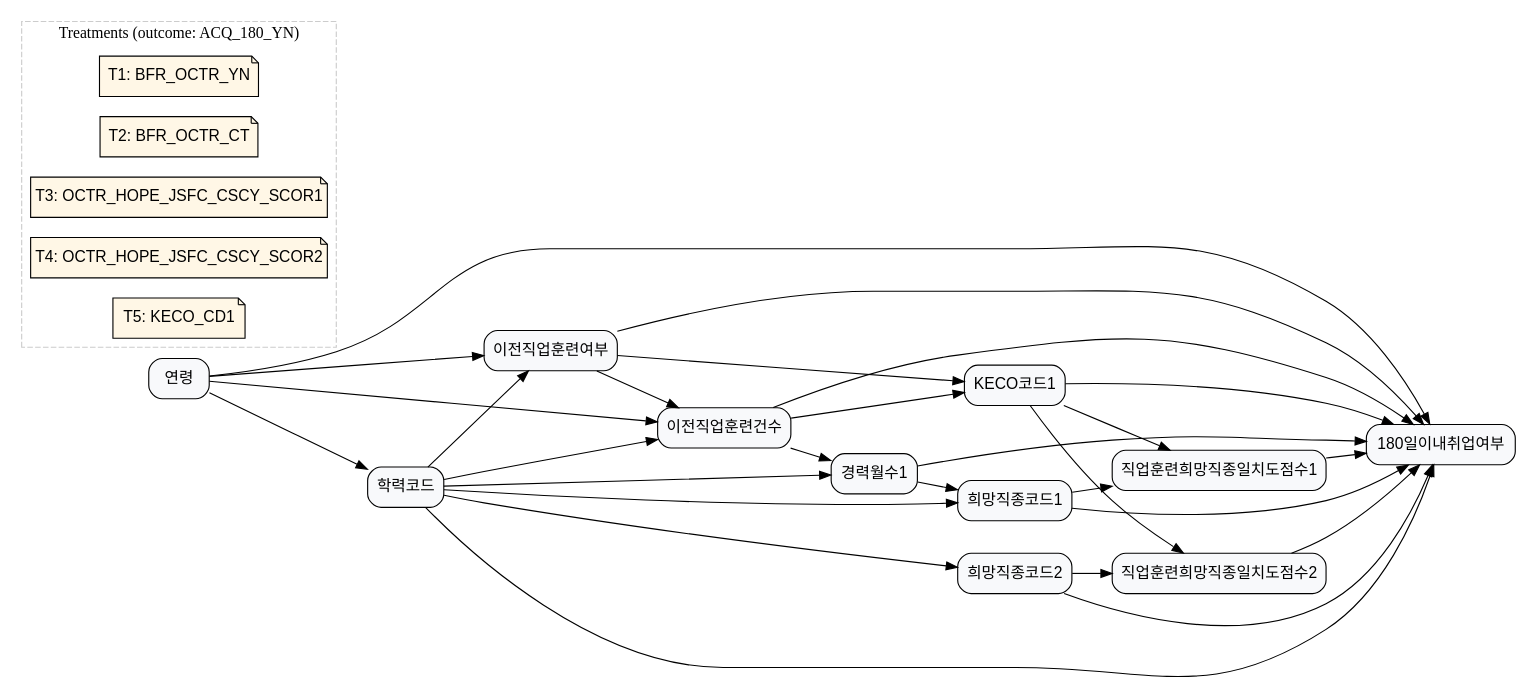
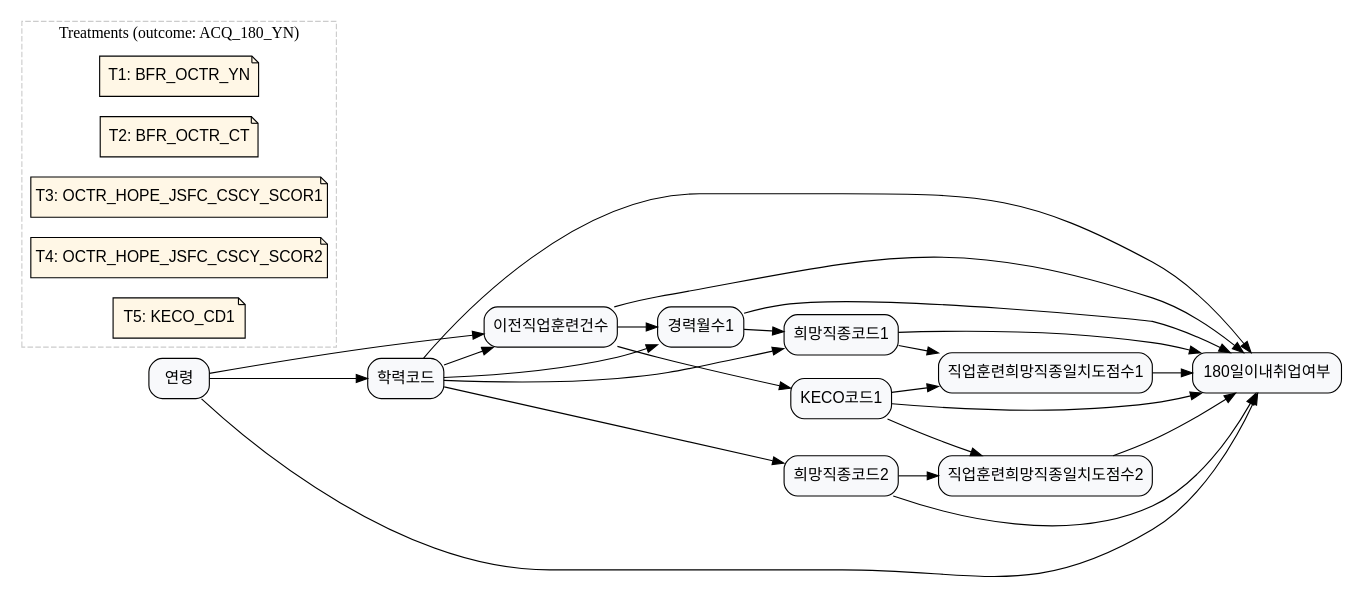
Before and after one commit to KU-LIM-Lab/dowhy-deep: the diagram in laborlab_2/data/graph_data/graph_15.dot, drawn with Graphviz. The commit also changed 26 other files, not shown here.

Commit message:
graph revision

```diff
--- a/laborlab_2/data/graph_data/graph_15.dot
+++ b/laborlab_2/data/graph_data/graph_15.dot
@@ -1,98 +1,48 @@
-digraph {
-    rankdir=LR;
-    node [shape=box, style="rounded,filled", fillcolor="#F8F9FB", fontname="Helvetica"];
+digraph G {
+rankdir=LR;
+node [fillcolor="#F8F9FB", fontname="Helvetica", shape=box, style="rounded,filled"];
+ACCR_CD [label="학력코드"];
+ACQ_180_YN [label="180일이내취업여부"];
+AGE [label="연령"];
+BFR_OCTR_CT [label="이전직업훈련건수"];
+CARR_MYCT1 [label="경력월수1"];
+HOPE_JSCD1 [label="희망직종코드1"];
+HOPE_JSCD2 [label="희망직종코드2"];
+KECO_CD1 [label="KECO코드1"];
+OCTR_HOPE_JSFC_CSCY_SCOR1 [label="직업훈련희망직종일치도점수1"];
+OCTR_HOPE_JSFC_CSCY_SCOR2 [label="직업훈련희망직종일치도점수2"];
+AGE -> ACCR_CD;
+AGE -> BFR_OCTR_CT;
+ACCR_CD -> BFR_OCTR_CT;
+ACCR_CD -> CARR_MYCT1;
+ACCR_CD -> HOPE_JSCD1;
+ACCR_CD -> HOPE_JSCD2;
+BFR_OCTR_CT -> KECO_CD1;
+KECO_CD1 -> OCTR_HOPE_JSFC_CSCY_SCOR1;
+KECO_CD1 -> OCTR_HOPE_JSFC_CSCY_SCOR2;
+HOPE_JSCD1 -> OCTR_HOPE_JSFC_CSCY_SCOR1;
+HOPE_JSCD2 -> OCTR_HOPE_JSFC_CSCY_SCOR2;
+BFR_OCTR_CT -> CARR_MYCT1;
+CARR_MYCT1 -> HOPE_JSCD1;
+BFR_OCTR_CT -> ACQ_180_YN;
+OCTR_HOPE_JSFC_CSCY_SCOR1 -> ACQ_180_YN;
+OCTR_HOPE_JSFC_CSCY_SCOR2 -> ACQ_180_YN;
+KECO_CD1 -> ACQ_180_YN;
+CARR_MYCT1 -> ACQ_180_YN;
+HOPE_JSCD1 -> ACQ_180_YN;
+HOPE_JSCD2 -> ACQ_180_YN;
+AGE -> ACQ_180_YN;
+ACCR_CD -> ACQ_180_YN;
+subgraph cluster_treatments {
+color="#CCCCCC";
+label="Treatments (outcome: ACQ_180_YN)";
+style=dashed;
+node [fillcolor="#FFF7E6", fontname="Helvetica", shape=note, style="rounded,filled"];
+T1 [label="T1: BFR_OCTR_YN", role="treatment_meta", treatment_def="이전직업훈련여부(BFR_OCTR_YN) 수준 차이가 ACQ_180_YN(180일이내취업여부)에 미치는 인과효과", treatment_name="BFR_OCTR_YN", treatment_question="이전직업훈련여부(BFR_OCTR_YN) 수준이 다른 구직자들의 6개월 내 취업 확률은 얼마나 다른가?", treatment_var="BFR_OCTR_YN"];
+T2 [label="T2: BFR_OCTR_CT", role="treatment_meta", treatment_def="이전직업훈련건수(BFR_OCTR_CT) 수준 차이가 ACQ_180_YN(180일이내취업여부)에 미치는 인과효과", treatment_name="BFR_OCTR_CT", treatment_question="이전직업훈련건수(BFR_OCTR_CT) 수준이 다른 구직자들의 6개월 내 취업 확률은 얼마나 다른가?", treatment_var="BFR_OCTR_CT"];
+T3 [label="T3: OCTR_HOPE_JSFC_CSCY_SCOR1", role="treatment_meta", treatment_def="직업훈련희망직종일치도점수1(OCTR_HOPE_JSFC_CSCY_SCOR1) 수준 차이가 ACQ_180_YN(180일이내취업여부)에 미치는 인과효과", treatment_name="OCTR_HOPE_JSFC_CSCY_SCOR1", treatment_question="직업훈련희망직종일치도점수1(OCTR_HOPE_JSFC_CSCY_SCOR1) 수준이 다른 구직자들의 6개월 내 취업 확률은 얼마나 다른가?", treatment_var="OCTR_HOPE_JSFC_CSCY_SCOR1"];
+T4 [label="T4: OCTR_HOPE_JSFC_CSCY_SCOR2", role="treatment_meta", treatment_def="직업훈련희망직종일치도점수2(OCTR_HOPE_JSFC_CSCY_SCOR2) 수준 차이가 ACQ_180_YN(180일이내취업여부)에 미치는 인과효과", treatment_name="OCTR_HOPE_JSFC_CSCY_SCOR2", treatment_question="직업훈련희망직종일치도점수2(OCTR_HOPE_JSFC_CSCY_SCOR2) 수준이 다른 구직자들의 6개월 내 취업 확률은 얼마나 다른가?", treatment_var="OCTR_HOPE_JSFC_CSCY_SCOR2"];
+T5 [label="T5: KECO_CD1", role="treatment_meta", treatment_def="KECO코드1(KECO_CD1) 수준 차이가 ACQ_180_YN(180일이내취업여부)에 미치는 인과효과", treatment_name="KECO_CD1", treatment_question="KECO코드1(KECO_CD1) 수준이 다른 구직자들의 6개월 내 취업 확률은 얼마나 다른가?", treatment_var="KECO_CD1"];
+}
 
-    ACCR_CD [label="학력코드"];
-    ACQ_180_YN [label="180일이내취업여부"];
-    AGE [label="연령"];
-    BFR_OCTR_CT [label="이전직업훈련건수"];
-    BFR_OCTR_YN [label="이전직업훈련여부"];
-    CARR_MYCT1 [label="경력월수1"];
-    HOPE_JSCD1 [label="희망직종코드1"];
-    HOPE_JSCD2 [label="희망직종코드2"];
-    KECO_CD1 [label="KECO코드1"];
-    OCTR_HOPE_JSFC_CSCY_SCOR1 [label="직업훈련희망직종일치도점수1"];
-    OCTR_HOPE_JSFC_CSCY_SCOR2 [label="직업훈련희망직종일치도점수2"];
-
-    AGE -> ACCR_CD;
-    AGE -> BFR_OCTR_YN;
-    AGE -> BFR_OCTR_CT;
-    ACCR_CD -> BFR_OCTR_YN;
-    ACCR_CD -> BFR_OCTR_CT;
-    ACCR_CD -> CARR_MYCT1;
-    ACCR_CD -> HOPE_JSCD1;
-    ACCR_CD -> HOPE_JSCD2;
-    BFR_OCTR_YN -> BFR_OCTR_CT;
-    BFR_OCTR_YN -> KECO_CD1;
-    BFR_OCTR_CT -> KECO_CD1;
-    KECO_CD1 -> OCTR_HOPE_JSFC_CSCY_SCOR1;
-    KECO_CD1 -> OCTR_HOPE_JSFC_CSCY_SCOR2;
-    HOPE_JSCD1 -> OCTR_HOPE_JSFC_CSCY_SCOR1;
-    HOPE_JSCD2 -> OCTR_HOPE_JSFC_CSCY_SCOR2;
-    BFR_OCTR_CT -> CARR_MYCT1;
-    CARR_MYCT1 -> HOPE_JSCD1;
-    BFR_OCTR_YN -> ACQ_180_YN;
-    BFR_OCTR_CT -> ACQ_180_YN;
-    OCTR_HOPE_JSFC_CSCY_SCOR1 -> ACQ_180_YN;
-    OCTR_HOPE_JSFC_CSCY_SCOR2 -> ACQ_180_YN;
-    KECO_CD1 -> ACQ_180_YN;
-    CARR_MYCT1 -> ACQ_180_YN;
-    HOPE_JSCD1 -> ACQ_180_YN;
-    HOPE_JSCD2 -> ACQ_180_YN;
-    AGE -> ACQ_180_YN;
-    ACCR_CD -> ACQ_180_YN;
-
-    // Treatments
-    subgraph cluster_treatments {
-        label="Treatments (outcome: ACQ_180_YN)";
-        style=dashed;
-        color="#CCCCCC";
-        node [shape=note, style="rounded,filled", fillcolor="#FFF7E6", fontname="Helvetica"];
-
-        T1 [
-            label="T1: BFR_OCTR_YN",
-            role="treatment_meta",
-            treatment_var="BFR_OCTR_YN",
-            treatment_name="BFR_OCTR_YN",
-            treatment_def="이전직업훈련여부(BFR_OCTR_YN) 수준 차이가 ACQ_180_YN(180일이내취업여부)에 미치는 인과효과",
-            treatment_question="이전직업훈련여부(BFR_OCTR_YN) 수준이 다른 구직자들의 6개월 내 취업 확률은 얼마나 다른가?"
-        ];
-
-        T2 [
-            label="T2: BFR_OCTR_CT",
-            role="treatment_meta",
-            treatment_var="BFR_OCTR_CT",
-            treatment_name="BFR_OCTR_CT",
-            treatment_def="이전직업훈련건수(BFR_OCTR_CT) 수준 차이가 ACQ_180_YN(180일이내취업여부)에 미치는 인과효과",
-            treatment_question="이전직업훈련건수(BFR_OCTR_CT) 수준이 다른 구직자들의 6개월 내 취업 확률은 얼마나 다른가?"
-        ];
-
-        T3 [
-            label="T3: OCTR_HOPE_JSFC_CSCY_SCOR1",
-            role="treatment_meta",
-            treatment_var="OCTR_HOPE_JSFC_CSCY_SCOR1",
-            treatment_name="OCTR_HOPE_JSFC_CSCY_SCOR1",
-            treatment_def="직업훈련희망직종일치도점수1(OCTR_HOPE_JSFC_CSCY_SCOR1) 수준 차이가 ACQ_180_YN(180일이내취업여부)에 미치는 인과효과",
-            treatment_question="직업훈련희망직종일치도점수1(OCTR_HOPE_JSFC_CSCY_SCOR1) 수준이 다른 구직자들의 6개월 내 취업 확률은 얼마나 다른가?"
-        ];
-
-        T4 [
-            label="T4: OCTR_HOPE_JSFC_CSCY_SCOR2",
-            role="treatment_meta",
-            treatment_var="OCTR_HOPE_JSFC_CSCY_SCOR2",
-            treatment_name="OCTR_HOPE_JSFC_CSCY_SCOR2",
-            treatment_def="직업훈련희망직종일치도점수2(OCTR_HOPE_JSFC_CSCY_SCOR2) 수준 차이가 ACQ_180_YN(180일이내취업여부)에 미치는 인과효과",
-            treatment_question="직업훈련희망직종일치도점수2(OCTR_HOPE_JSFC_CSCY_SCOR2) 수준이 다른 구직자들의 6개월 내 취업 확률은 얼마나 다른가?"
-        ];
-
-        T5 [
-            label="T5: KECO_CD1",
-            role="treatment_meta",
-            treatment_var="KECO_CD1",
-            treatment_name="KECO_CD1",
-            treatment_def="KECO코드1(KECO_CD1) 수준 차이가 ACQ_180_YN(180일이내취업여부)에 미치는 인과효과",
-            treatment_question="KECO코드1(KECO_CD1) 수준이 다른 구직자들의 6개월 내 취업 확률은 얼마나 다른가?"
-        ];
-
-    }
 }
```
